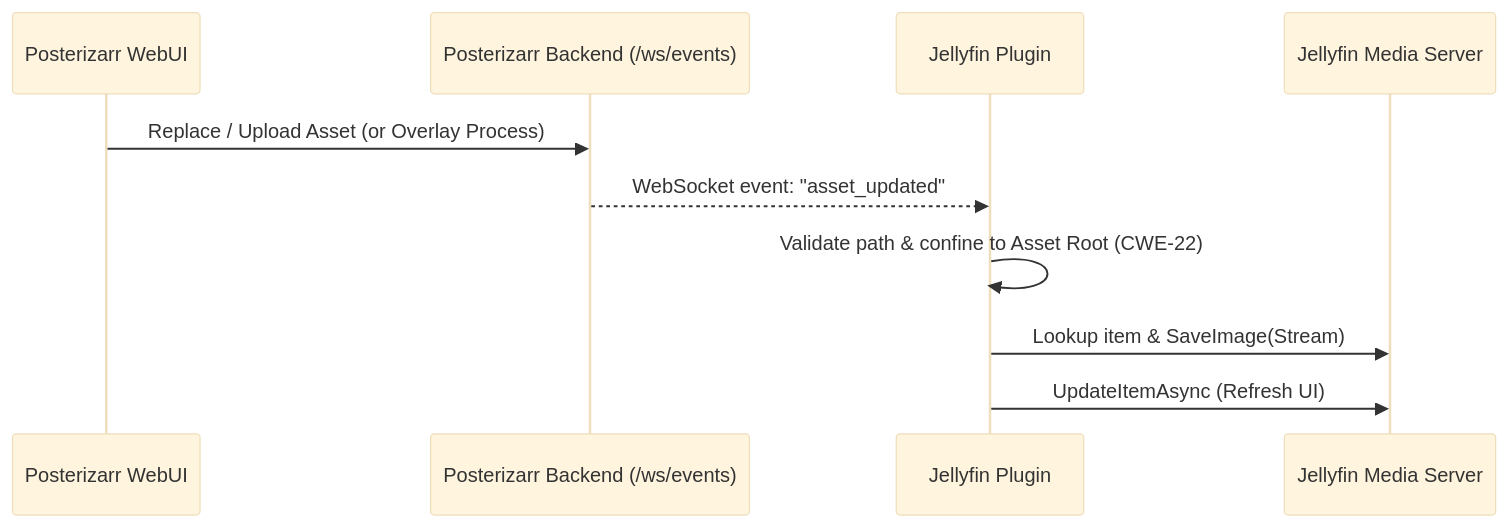
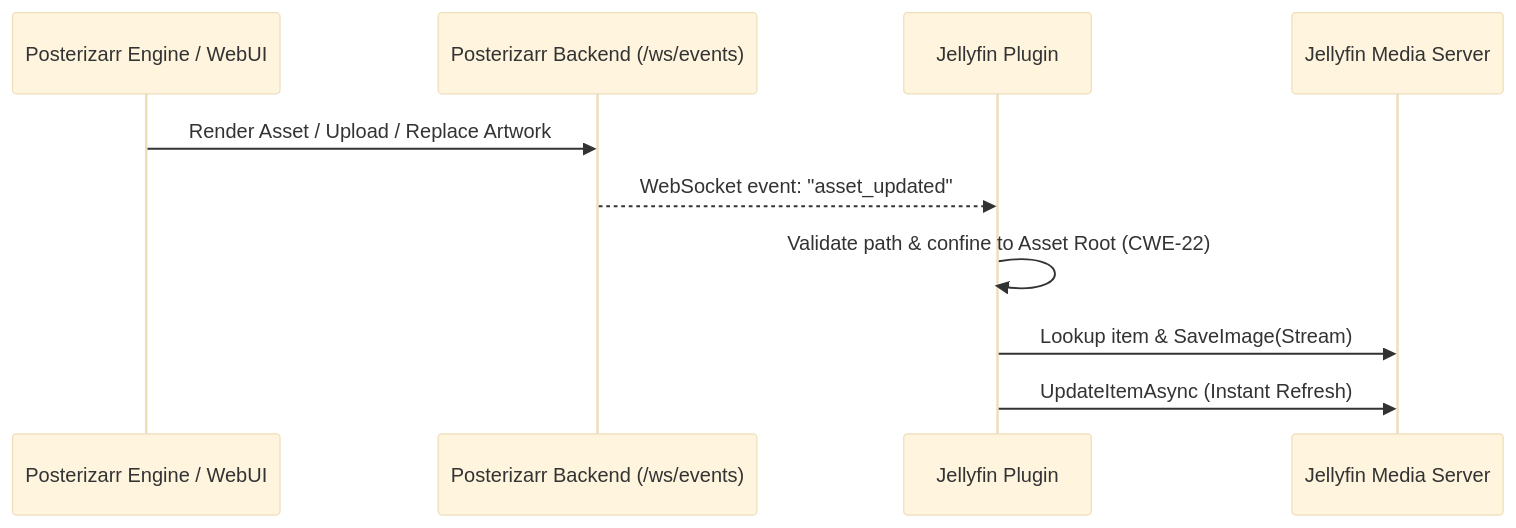
Before and after one commit to JohnFawkes/Posterizarr: the diagram in docs/jellyfin_plugin.md, drawn with Mermaid (base theme). The commit also changed other lines of this file and 5 other files, not shown here.

````diff
--- a/docs/jellyfin_plugin.md
+++ b/docs/jellyfin_plugin.md
@@ -62,13 +62,13 @@
 ```mermaid
 sequenceDiagram
-    participant WebUI as Posterizarr WebUI
+    participant Engine as Posterizarr Engine / WebUI
     participant Backend as Posterizarr Backend (/ws/events)
     participant Plugin as Jellyfin Plugin
     participant Jellyfin as Jellyfin Media Server
 
-    WebUI->>Backend: Replace / Upload Asset (or Overlay Process)
+    Engine->>Backend: Render Asset / Upload / Replace Artwork
     Backend-->>Plugin: WebSocket event: "asset_updated"
     Plugin->>Plugin: Validate path & confine to Asset Root (CWE-22)
     Plugin->>Jellyfin: Lookup item & SaveImage(Stream)
-    Plugin->>Jellyfin: UpdateItemAsync (Refresh UI)
+    Plugin->>Jellyfin: UpdateItemAsync (Instant Refresh)
 ```
````
